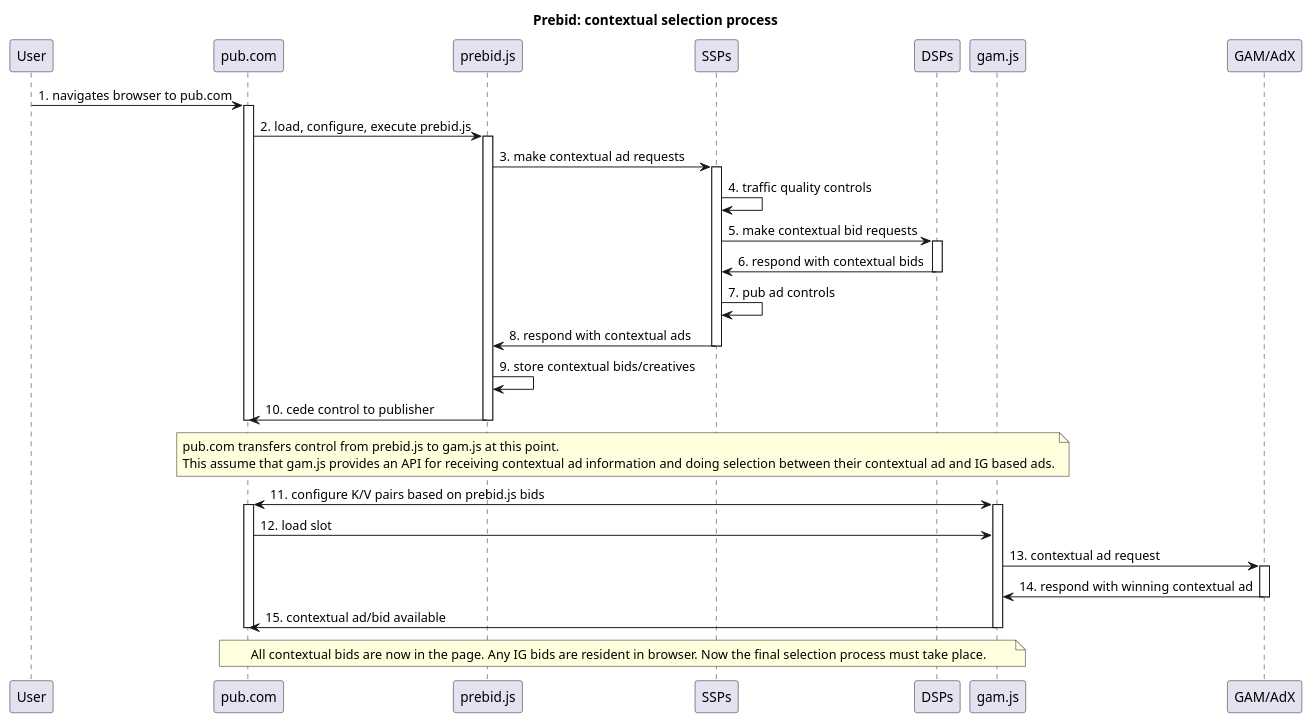
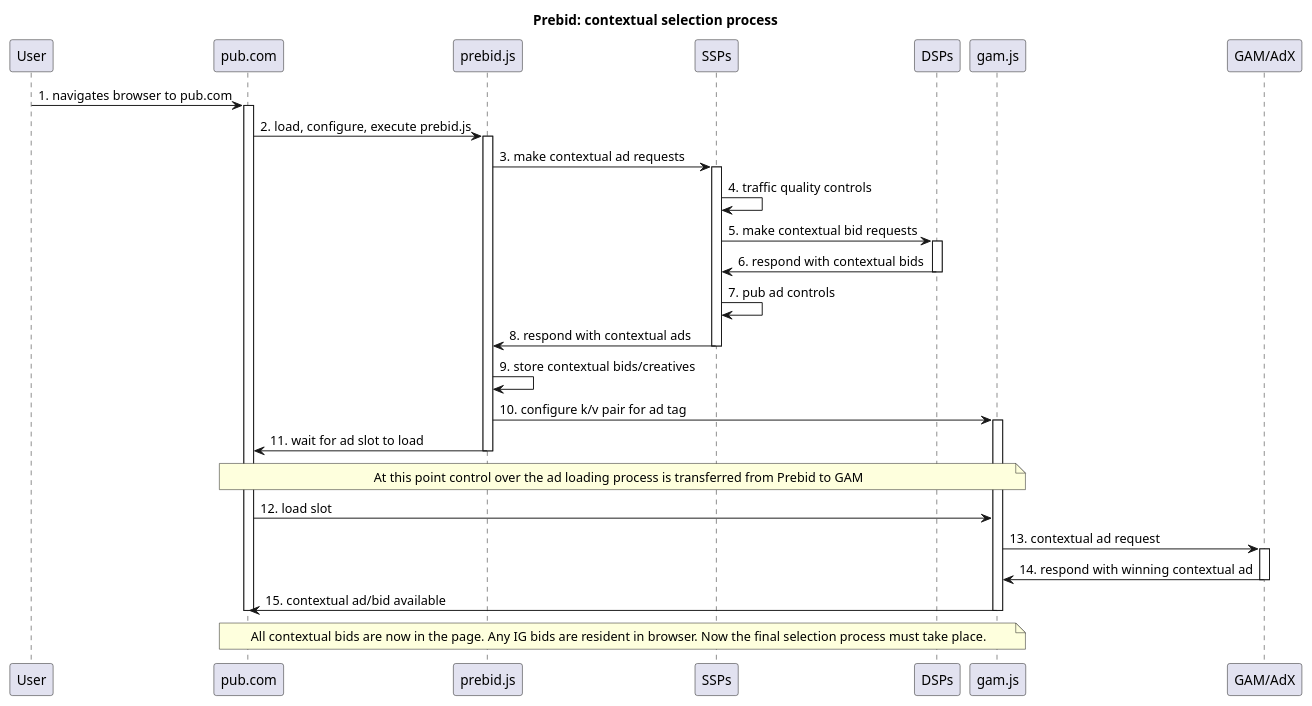
One commit to JoelPM/prebid-td changed the diagram in prebid_td_context.plantuml. Above: the diagram before and after it, drawn with PlantUML. The commit also changed 5 other files, not shown here.

Commit message:
Updates charts, more words. Nowhere near done.

```diff
--- a/prebid_td_context.plantuml
+++ b/prebid_td_context.plantuml
@@ -1,53 +1,50 @@
 @startuml prebid_td_context
 
 title Prebid: contextual selection process
 
 participant User
 participant "pub.com" as Pub
 participant "prebid.js" as Pbjs
 participant SSPs
 participant DSPs
 participant "gam.js" as Gmjs
 participant "GAM/AdX" as Gam
 
 User -> Pub: 1. navigates browser to pub.com
 activate Pub
 Pub -> Pbjs: 2. load, configure, execute prebid.js
 activate Pbjs
 Pbjs -> SSPs: 3. make contextual ad requests
 activate SSPs
 SSPs -> SSPs: 4. traffic quality controls
 SSPs -> DSPs: 5. make contextual bid requests 
 activate DSPs
 SSPs <- DSPs: 6. respond with contextual bids
 deactivate DSPs
 SSPs -> SSPs: 7. pub ad controls
 Pbjs <- SSPs: 8. respond with contextual ads
 deactivate SSPs
 Pbjs -> Pbjs: 9. store contextual bids/creatives
-Pub <- Pbjs: 10. cede control to publisher
+Pbjs -> Gmjs: 10. configure k/v pair for ad tag
+activate Gmjs
+Pub <- Pbjs: 11. wait for ad slot to load
 deactivate Pbjs
-deactivate Pub
 
 note over Pub, Gmjs
-pub.com transfers control from prebid.js to gam.js at this point.
-This assume that gam.js provides an API for receiving contextual ad information and doing selection between their contextual ad and IG based ads.
+At this point control over the ad loading process is transferred from Prebid to GAM
 end note
 
-Pub <-> Gmjs: 11. configure K/V pairs based on prebid.js bids
-activate Pub
-activate Gmjs
 Pub -> Gmjs: 12. load slot
 Gmjs -> Gam: 13. contextual ad request
 activate Gam
 Gmjs <- Gam: 14. respond with winning contextual ad
 deactivate Gam
 Pub <- Gmjs: 15. contextual ad/bid available
 deactivate Gmjs
 
 note over Pub, Gmjs
 All contextual bids are now in the page. Any IG bids are resident in browser. Now the final selection process must take place.
 end note
 
 deactivate Pub
 @enduml
```
